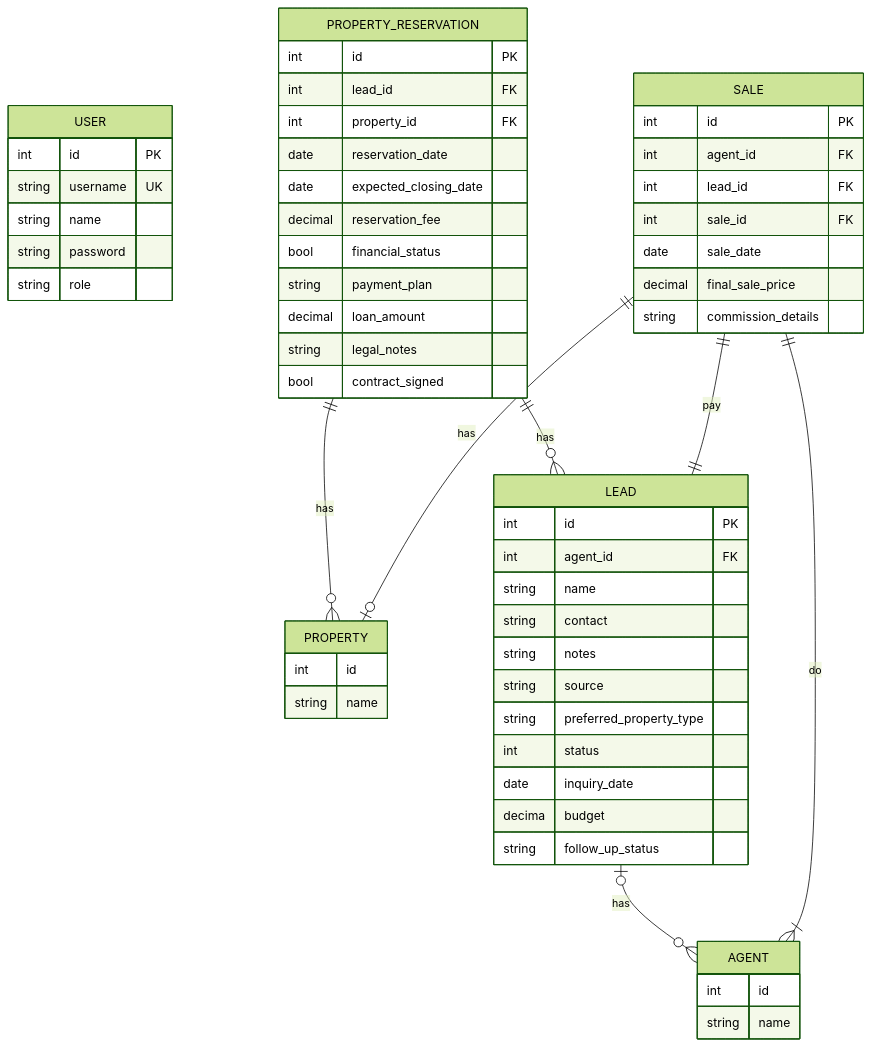
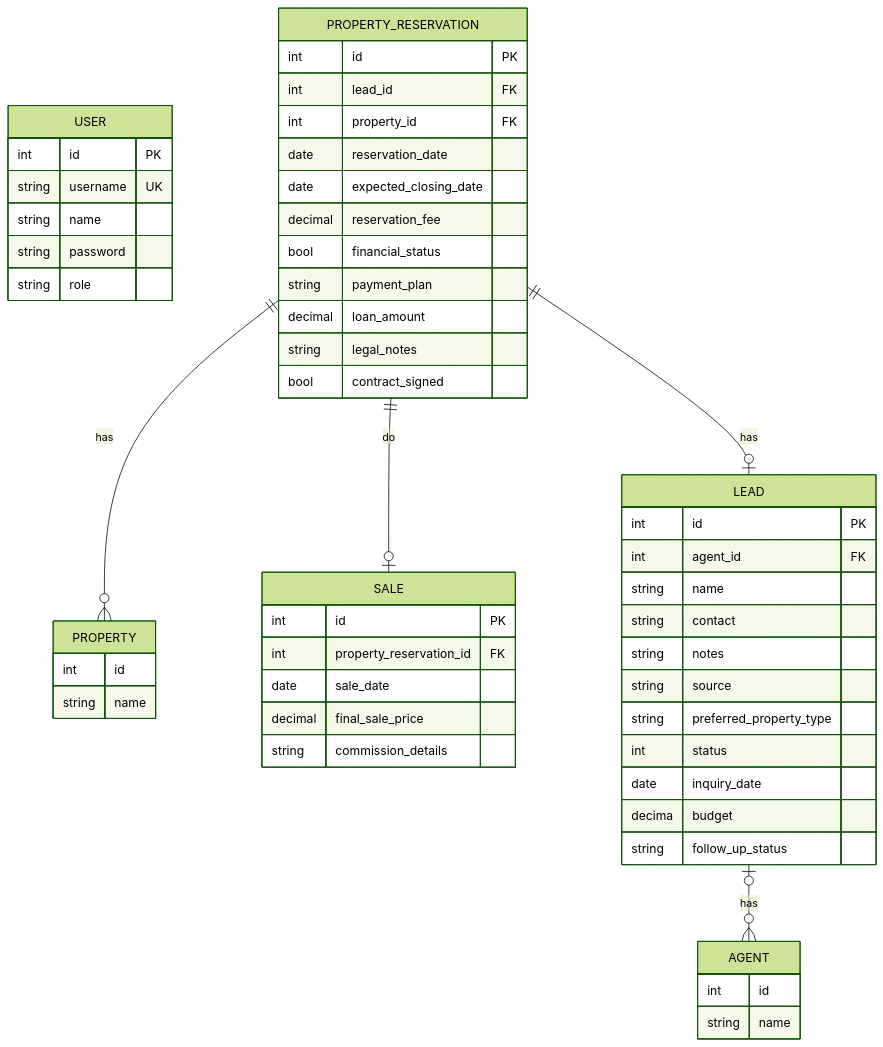
One commit to PasanBhanu/assignment-azbow-tl-2025 changed the second of 2 diagrams in documentation/README.md. Above: the diagram before and after it, drawn with Mermaid (forest theme). The commit also changed 12 other files, not shown here.

````diff
--- a/documentation/README.md
+++ b/documentation/README.md
@@ -29,59 +29,55 @@
 ```mermaid
 erDiagram
     USER {
         int id PK
         string username UK
         string name 
         string password
         string role
     }
     PROPERTY {
         int id
         string name
     }
     AGENT {
         int id
         string name
     }
     SALE {
         int id PK
-        int agent_id FK
-        int lead_id FK
-        int sale_id FK
+        int property_reservation_id FK
         date sale_date
         decimal final_sale_price
         string commission_details
     }
     PROPERTY_RESERVATION {
         int id PK
         int lead_id FK
         int property_id FK
         date reservation_date
         date expected_closing_date
         decimal reservation_fee
         bool financial_status
         string payment_plan
         decimal loan_amount
         string legal_notes
         bool contract_signed
     }
     LEAD {
         int id PK
         int agent_id FK
         string name
         string contact
         string notes
         string source
         string preferred_property_type
         int status
         date inquiry_date
         decima budget
         string follow_up_status
     }
     LEAD |o--o{ AGENT : has
     PROPERTY_RESERVATION ||--o{ PROPERTY : has
-    PROPERTY_RESERVATION ||--o{ LEAD : has
-    SALE ||--o| PROPERTY : has
-    SALE ||--|| LEAD : pay
-    SALE ||--|{ AGENT : do
+    PROPERTY_RESERVATION ||--o| LEAD : has
+    PROPERTY_RESERVATION ||--o| SALE : do
 ```
````
